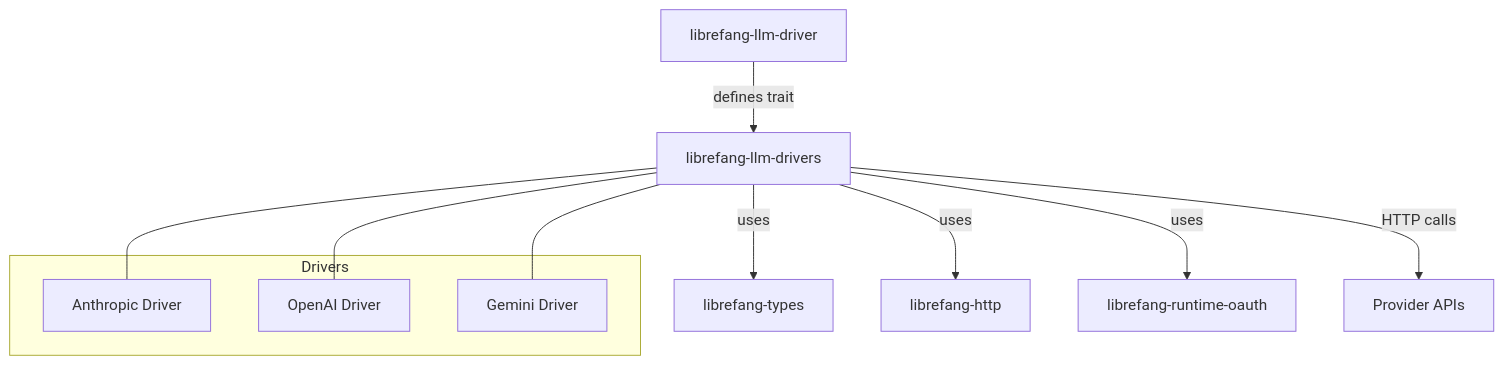
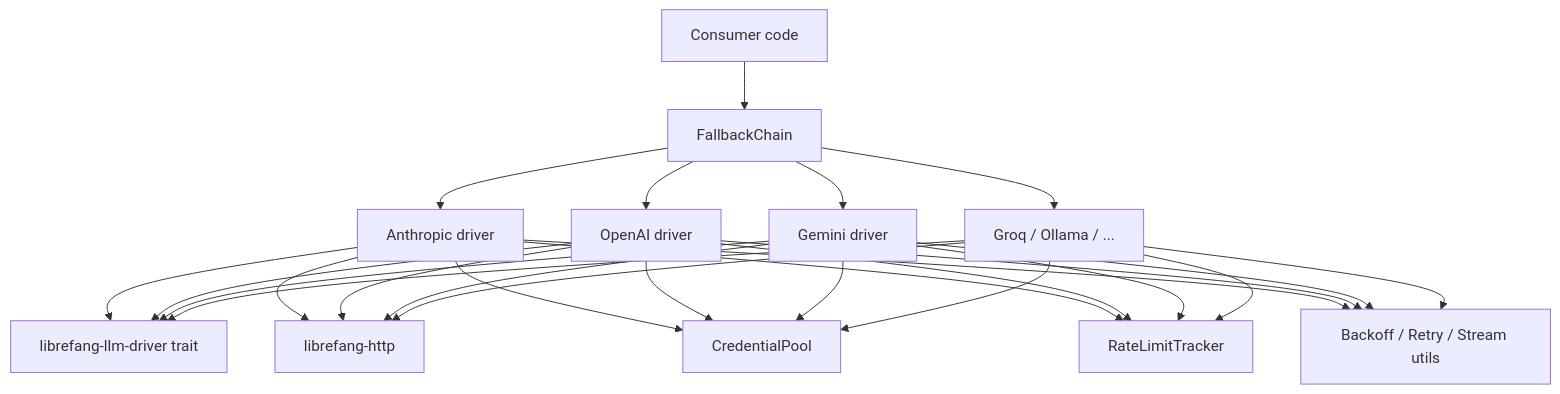
One commit to leszek3737/librefang-WIki changed the diagram in other-librefang-llm-drivers.md. Above: the diagram before and after it, drawn with Mermaid. The commit also changed other lines of this file and 100 other files, not shown here.

````diff
--- a/other-librefang-llm-drivers.md
+++ b/other-librefang-llm-drivers.md
@@ -13,18 +11,13 @@
 ```mermaid
 graph TD
-    A[librefang-llm-driver] -->|"defines trait"| B[librefang-llm-drivers]
-    B -->|uses| C[librefang-types]
-    B -->|uses| D[librefang-http]
-    B -->|uses| E[librefang-runtime-oauth]
-    B -->|"HTTP calls"| F[Provider APIs]
-    
-    subgraph Drivers
-        G[Anthropic Driver]
-        H[OpenAI Driver]
-        I[Gemini Driver]
-    end
-    
-    B --- G
-    B --- H
-    B --- I
+    A[Consumer code] --> FC[FallbackChain]
+    FC --> D1[Anthropic driver]
+    FC --> D2[OpenAI driver]
+    FC --> D3[Gemini driver]
+    FC --> D4[Groq / Ollama / ...]
+    D1 & D2 & D3 & D4 --> LD[librefang-llm-driver trait]
+    D1 & D2 & D3 & D4 --> LH[librefang-http]
+    D1 & D2 & D3 & D4 --> CP[CredentialPool]
+    D1 & D2 & D3 & D4 --> RL[RateLimitTracker]
+    D1 & D2 & D3 & D4 --> RT[Backoff / Retry / Stream utils]
 ```
````
